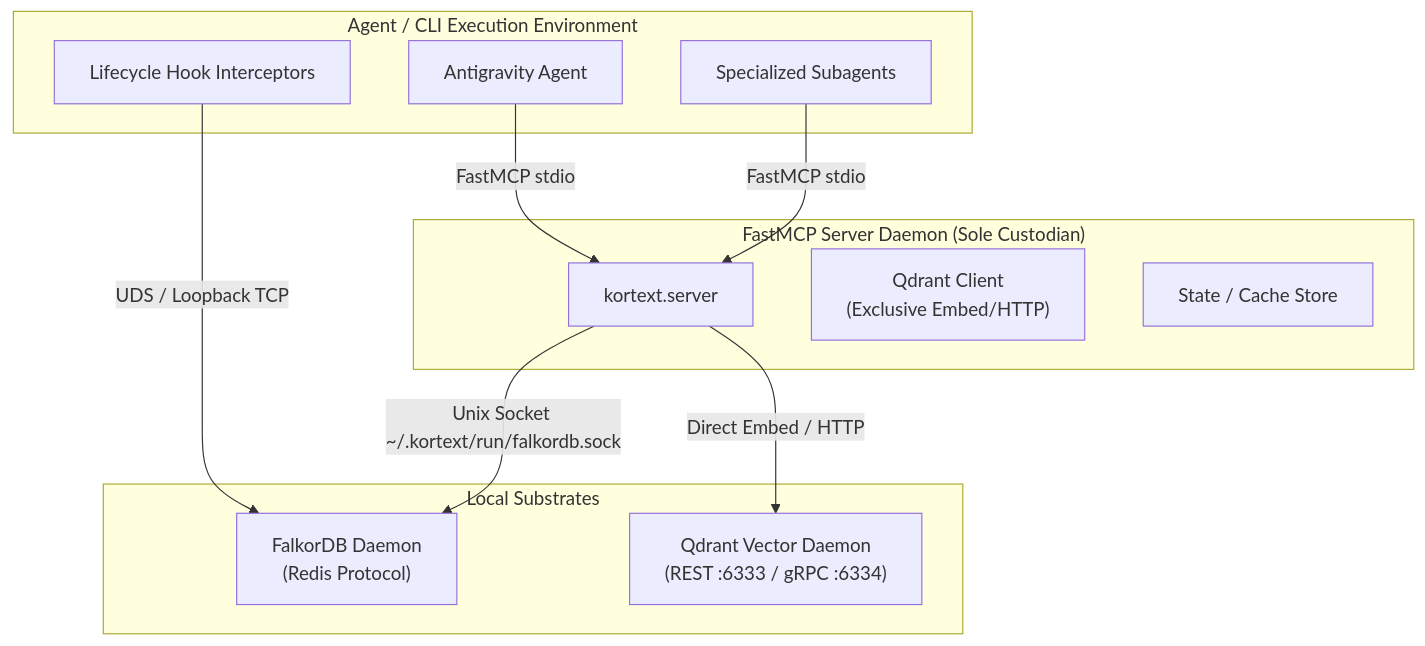
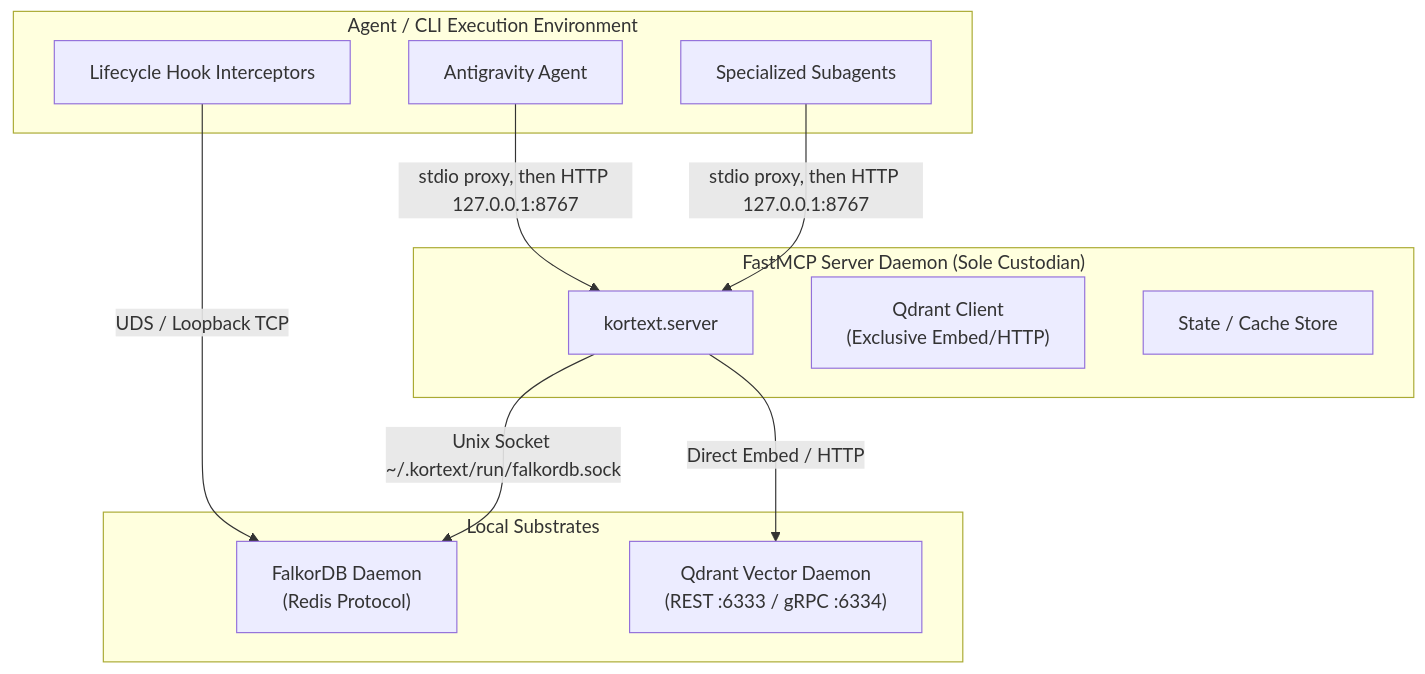
The second of 2 diagrams in docs/ARCHITECTURE.md (Unmade760/kortext), drawn with Mermaid before and after one commit. The commit also changed other lines of this file and 11 other files, not shown here.

````diff
--- a/docs/ARCHITECTURE.md
+++ b/docs/ARCHITECTURE.md
@@ -66,25 +66,25 @@
 ```mermaid
 graph TD
     subgraph AntigravityHost["Agent / CLI Execution Environment"]
         Agent["Antigravity Agent"]
         Hooks["Lifecycle Hook Interceptors"]
         Subagents["Specialized Subagents"]
     end
 
     subgraph FastMCPServer["FastMCP Server Daemon (Sole Custodian)"]
         MCP["kortext.server"]
         QdrantClientInstance["Qdrant Client\n(Exclusive Embed/HTTP)"]
         RocksDBState["State / Cache Store"]
     end
 
     subgraph Substrates["Local Substrates"]
         FalkorDB["FalkorDB Daemon\n(Redis Protocol)"]
         QdrantEngine["Qdrant Vector Daemon\n(REST :6333 / gRPC :6334)"]
     end
 
-    Agent -->|FastMCP stdio| MCP
+    Agent -->|stdio proxy, then HTTP 127.0.0.1:8767| MCP
     Hooks -->|UDS / Loopback TCP| FalkorDB
-    Subagents -->|FastMCP stdio| MCP
+    Subagents -->|stdio proxy, then HTTP 127.0.0.1:8767| MCP
     MCP -->|Direct Embed / HTTP| QdrantEngine
     MCP -->|Unix Socket ~/.kortext/run/falkordb.sock| FalkorDB
 ```
````
